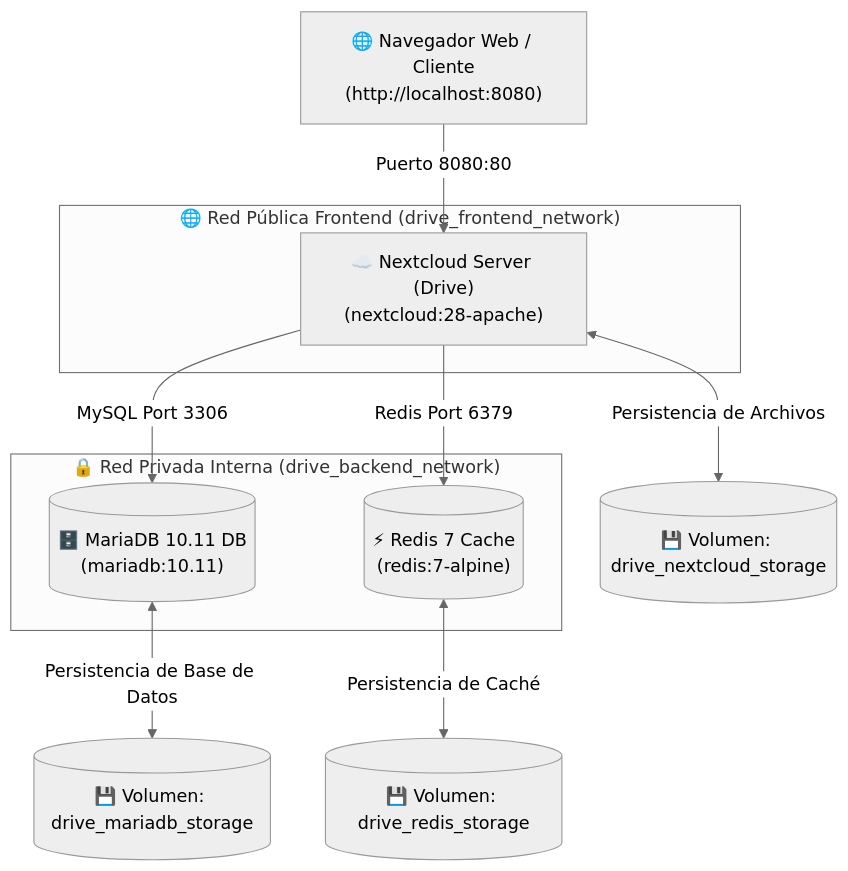
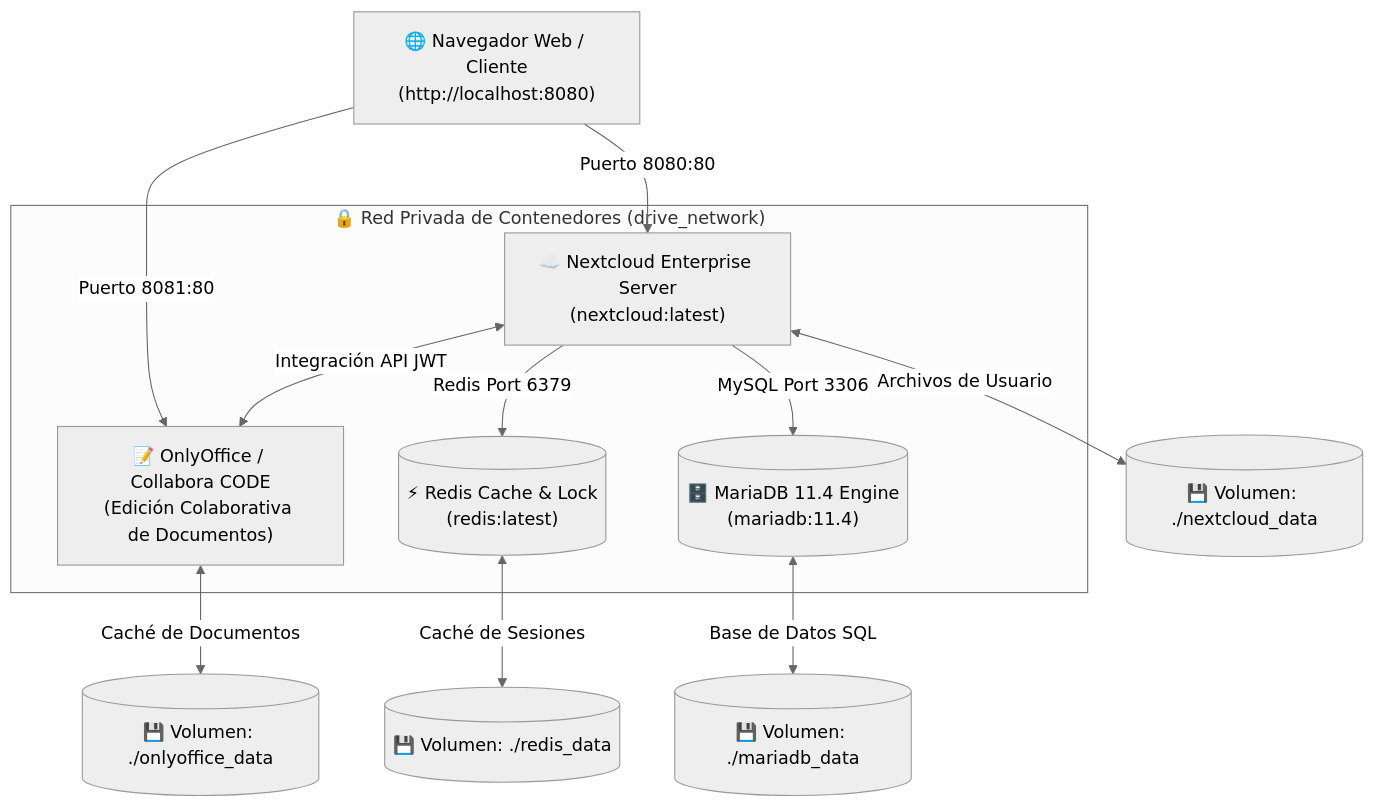
Before and after one commit to Crsitian22/docker-desde-cero-pit: the second of 2 diagrams in README.md, drawn with Mermaid (neutral theme). The commit also changed other lines of this file, not shown here.

````diff
--- a/README.md
+++ b/README.md
@@ -162,17 +66,16 @@
 ```mermaid
 graph TD
-    Client["🌐 Navegador Web / Cliente<br/>(http://localhost:8080)"] -->|Puerto 8080:80| App["☁️ Nextcloud Server (Drive)<br/>(nextcloud:28-apache)"]
+    Client["🌐 Navegador Web / Cliente<br/>(http://localhost:8080)"] -->|Puerto 8080:80| Nextcloud["☁️ Nextcloud Enterprise Server<br/>(nextcloud:latest)"]
+    Client -->|Puerto 8081:80| OnlyOffice["📝 OnlyOffice / Collabora CODE<br/>(Edición Colaborativa de Documentos)"]
     
-    subgraph FrontendNet ["🌐 Red Pública Frontend (drive_frontend_network)"]
-        App
+    subgraph RedDrive ["🔒 Red Privada de Contenedores (drive_network)"]
+        Nextcloud -->|MySQL Port 3306| DB[("🗄️ MariaDB 11.4 Engine<br/>(mariadb:11.4)")]
+        Nextcloud -->|Redis Port 6379| Redis[("⚡ Redis Cache & Lock<br/>(redis:latest)")]
+        Nextcloud <-->|Integración API JWT| OnlyOffice
     end
 
-    subgraph BackendNet ["🔒 Red Privada Interna (drive_backend_network)"]
-        App -->|MySQL Port 3306| DB[("🗄️ MariaDB 10.11 DB<br/>(mariadb:10.11)")]
-        App -->|Redis Port 6379| Redis[("⚡ Redis 7 Cache<br/>(redis:7-alpine)")]
-    end
-
-    App <-->|Persistencia de Archivos| VolApp[("💾 Volumen: drive_nextcloud_storage")]
-    DB <-->|Persistencia de Base de Datos| VolDB[("💾 Volumen: drive_mariadb_storage")]
-    Redis <-->|Persistencia de Caché| VolRedis[("💾 Volumen: drive_redis_storage")]
+    Nextcloud <-->|Archivos de Usuario| VolNC[("💾 Volumen: ./nextcloud_data")]
+    DB <-->|Base de Datos SQL| VolDB[("💾 Volumen: ./mariadb_data")]
+    Redis <-->|Caché de Sesiones| VolRedis[("💾 Volumen: ./redis_data")]
+    OnlyOffice <-->|Caché de Documentos| VolOO[("💾 Volumen: ./onlyoffice_data")]
 ```
````
